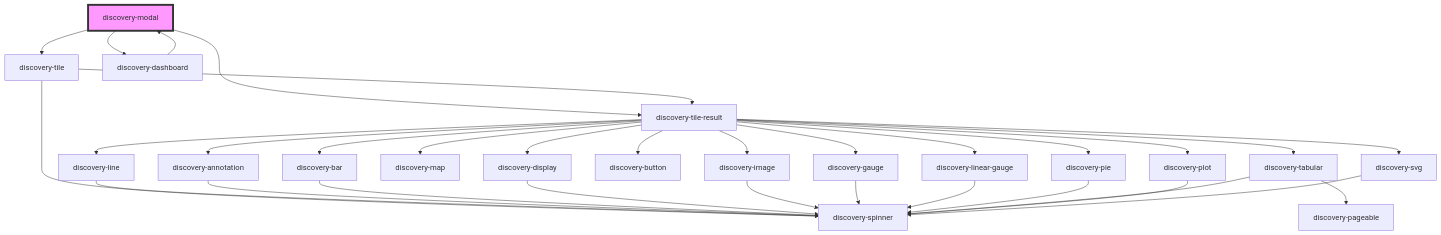
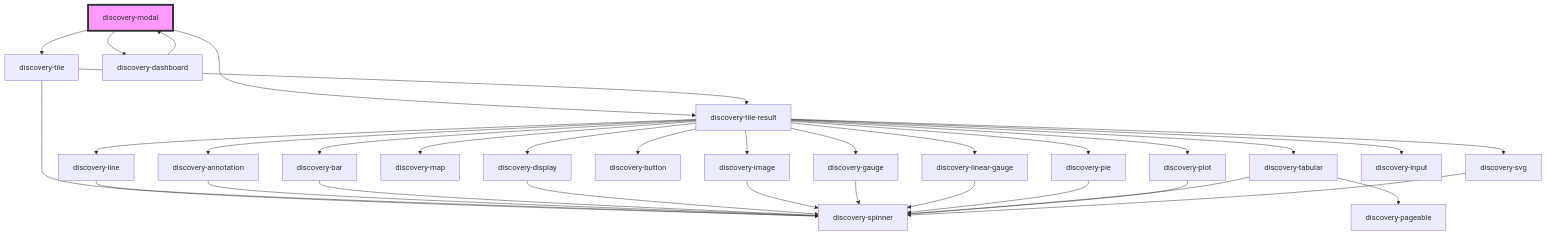
One commit to senx/discovery-widgets changed the diagram in src/components/discovery-modal/readme.md. Above: the diagram before and after it, drawn with Mermaid. The commit also changed 17 other files, not shown here.

````diff
--- a/src/components/discovery-modal/readme.md
+++ b/src/components/discovery-modal/readme.md
@@ -44,35 +44,36 @@
 ```mermaid
 graph TD;
   discovery-modal --> discovery-tile
   discovery-modal --> discovery-tile-result
   discovery-modal --> discovery-dashboard
   discovery-tile --> discovery-tile-result
   discovery-tile --> discovery-spinner
   discovery-tile-result --> discovery-line
   discovery-tile-result --> discovery-annotation
   discovery-tile-result --> discovery-bar
   discovery-tile-result --> discovery-display
   discovery-tile-result --> discovery-map
   discovery-tile-result --> discovery-image
   discovery-tile-result --> discovery-button
   discovery-tile-result --> discovery-gauge
   discovery-tile-result --> discovery-linear-gauge
   discovery-tile-result --> discovery-pie
   discovery-tile-result --> discovery-tabular
   discovery-tile-result --> discovery-plot
   discovery-tile-result --> discovery-svg
+  discovery-tile-result --> discovery-input
   discovery-line --> discovery-spinner
   discovery-annotation --> discovery-spinner
   discovery-bar --> discovery-spinner
   discovery-display --> discovery-spinner
   discovery-image --> discovery-spinner
   discovery-gauge --> discovery-spinner
   discovery-linear-gauge --> discovery-spinner
   discovery-pie --> discovery-spinner
   discovery-tabular --> discovery-spinner
   discovery-tabular --> discovery-pageable
   discovery-plot --> discovery-spinner
   discovery-svg --> discovery-spinner
   discovery-dashboard --> discovery-modal
   style discovery-modal fill:#f9f,stroke:#333,stroke-width:4px
 ```
````
